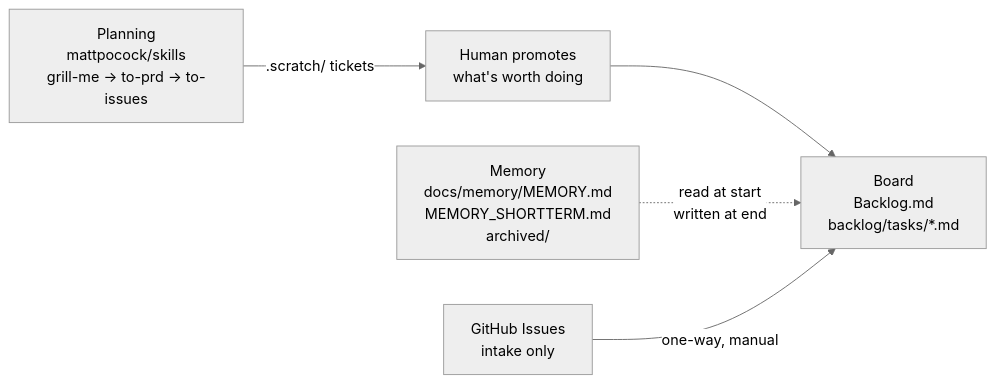
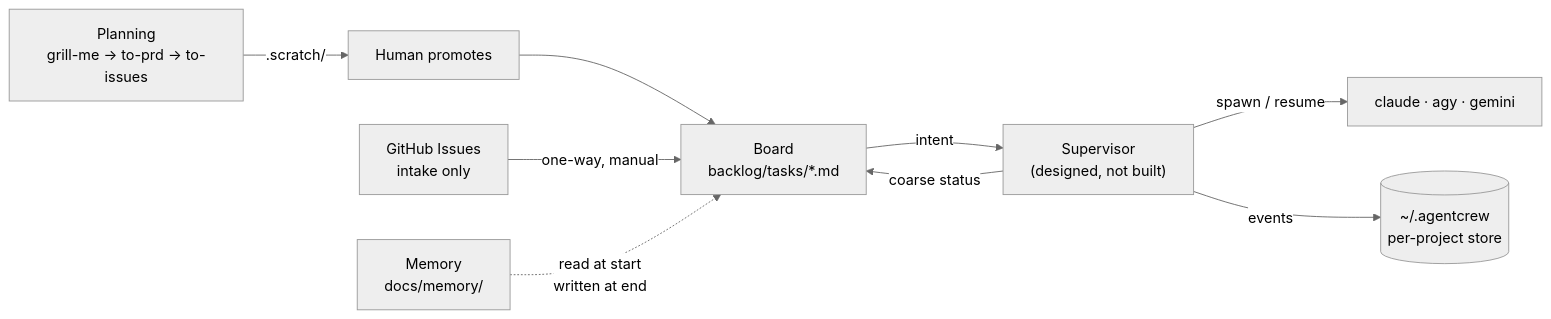
The diagram in docs/memory/MEMORY.md (inegmdev/agentcrew), drawn with Mermaid (neutral theme) before and after one commit. The commit also changed other lines of this file and 5 other files, not shown here.

````diff
--- a/docs/memory/MEMORY.md
+++ b/docs/memory/MEMORY.md
@@ -14,7 +18,11 @@
 ```mermaid
 flowchart LR
-    A["Planning<br/>mattpocock/skills<br/>grill-me → to-prd → to-issues"] -->|".scratch/ tickets"| B["Human promotes<br/>what's worth doing"]
-    B --> C["Board<br/>Backlog.md<br/>backlog/tasks/*.md"]
-    D["Memory<br/>docs/memory/MEMORY.md<br/>MEMORY_SHORTTERM.md<br/>archived/"] -.->|"read at start<br/>written at end"| C
+    A["Planning<br/>grill-me → to-prd → to-issues"] -->|".scratch/"| B["Human promotes"]
+    B --> C["Board<br/>backlog/tasks/*.md"]
     E["GitHub Issues<br/>intake only"] -->|"one-way, manual"| C
+    C -->|"intent"| S["Supervisor<br/>(designed, not built)"]
+    S -->|"spawn / resume"| X["claude · agy · gemini"]
+    S -->|"events"| DB[("~/.agentcrew<br/>per-project store")]
+    S -->|"coarse status"| C
+    D["Memory<br/>docs/memory/"] -.->|"read at start<br/>written at end"| C
 ```
````
